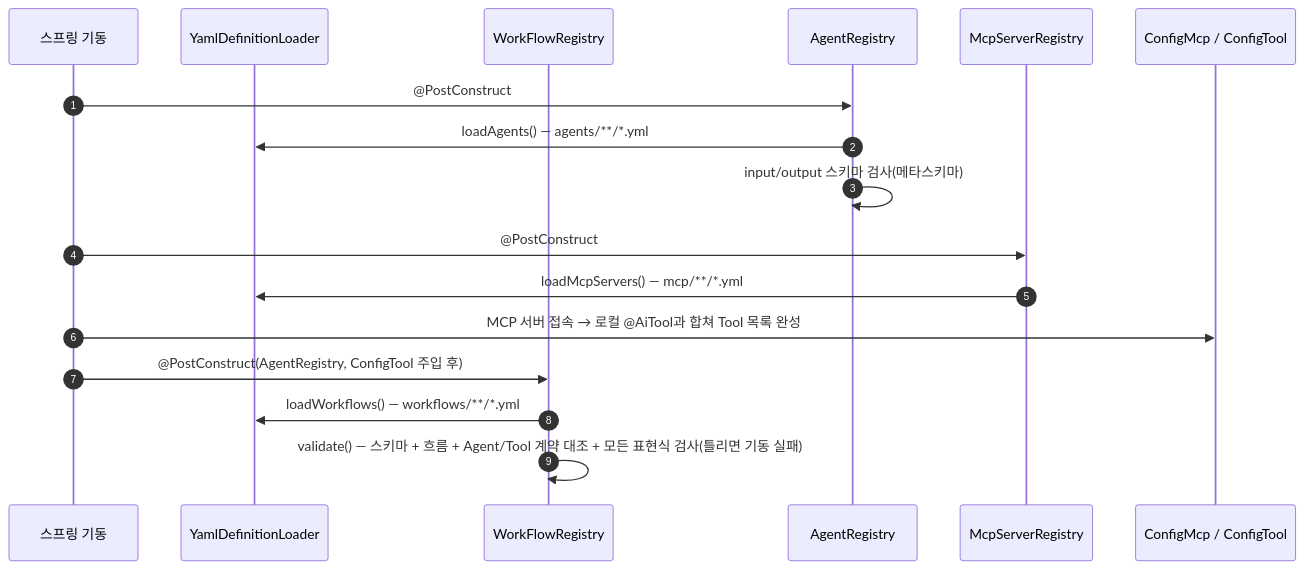
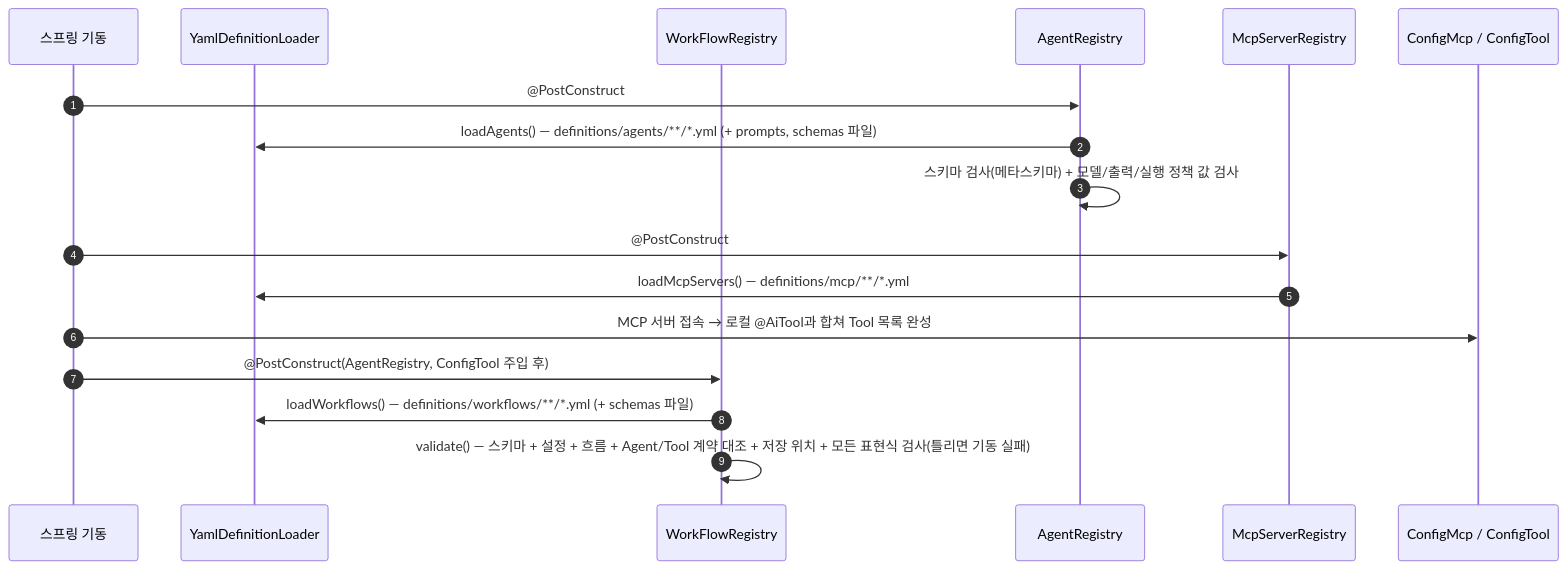
One commit to YongSoekChoeng/dstone changed the second of 10 diagrams in docs/09.dstone-ai-engine.md. Above: the diagram before and after it, drawn with Mermaid. The commit also changed other lines of this file and 203 other files, not shown here.

````diff
--- a/docs/09.dstone-ai-engine.md
+++ b/docs/09.dstone-ai-engine.md
@@ -370,20 +391,20 @@
 ```mermaid
 sequenceDiagram
     autonumber
     participant APP as 스프링 기동
     participant LD as YamlDefinitionLoader
     participant WR as WorkFlowRegistry
     participant AR as AgentRegistry
     participant MR as McpServerRegistry
     participant MC as ConfigMcp / ConfigTool
 
     APP->>AR: @PostConstruct
-    AR->>LD: loadAgents() — agents/**/*.yml
-    AR->>AR: input/output 스키마 검사(메타스키마)
+    AR->>LD: loadAgents() — definitions/agents/**/*.yml (+ prompts, schemas 파일)
+    AR->>AR: 스키마 검사(메타스키마) + 모델/출력/실행 정책 값 검사
     APP->>MR: @PostConstruct
-    MR->>LD: loadMcpServers() — mcp/**/*.yml
+    MR->>LD: loadMcpServers() — definitions/mcp/**/*.yml
     APP->>MC: MCP 서버 접속 → 로컬 @AiTool과 합쳐 Tool 목록 완성
     APP->>WR: @PostConstruct(AgentRegistry, ConfigTool 주입 후)
-    WR->>LD: loadWorkflows() — workflows/**/*.yml
-    WR->>WR: validate() — 스키마 + 흐름 + Agent/Tool 계약 대조 + 모든 표현식 검사(틀리면 기동 실패)
+    WR->>LD: loadWorkflows() — definitions/workflows/**/*.yml (+ schemas 파일)
+    WR->>WR: validate() — 스키마 + 설정 + 흐름 + Agent/Tool 계약 대조 + 저장 위치 + 모든 표현식 검사(틀리면 기동 실패)
 ```
````
